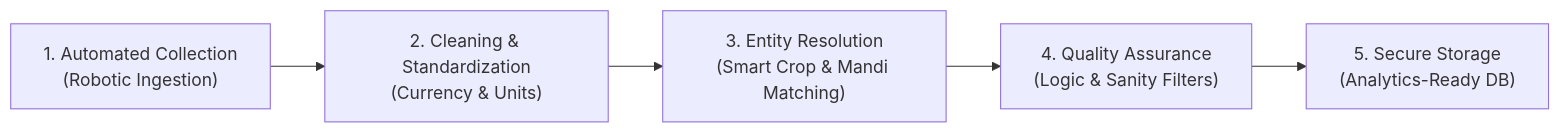
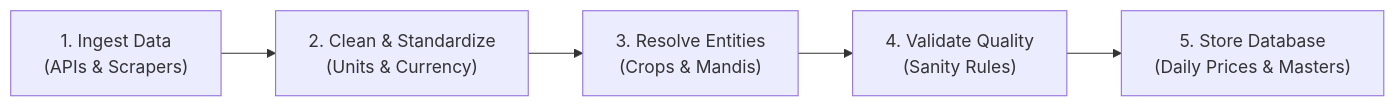
The diagram in USER_GUIDE2.md (vicharanashala/Mandi), drawn with Mermaid before and after one commit. The commit also changed other lines of this file, not shown here.

````diff
--- a/USER_GUIDE2.md
+++ b/USER_GUIDE2.md
@@ -125,7 +39,7 @@
 ```mermaid
 flowchart LR
-    S1["1. Automated Collection<br/>(Robotic Ingestion)"] --> S2["2. Cleaning & Standardization<br/>(Currency & Units)"]
-    S2 --> S3["3. Entity Resolution<br/>(Smart Crop & Mandi Matching)"]
-    S3 --> S4["4. Quality Assurance<br/>(Logic & Sanity Filters)"]
-    S4 --> S5["5. Secure Storage<br/>(Analytics-Ready DB)"]
+    A["1. Ingest Data<br/>(APIs & Scrapers)"] --> B["2. Clean & Standardize<br/>(Units & Currency)"]
+    B --> C["3. Resolve Entities<br/>(Crops & Mandis)"]
+    C --> D["4. Validate Quality<br/>(Sanity Rules)"]
+    D --> E["5. Store Database<br/>(Daily Prices & Masters)"]
 ```
````
